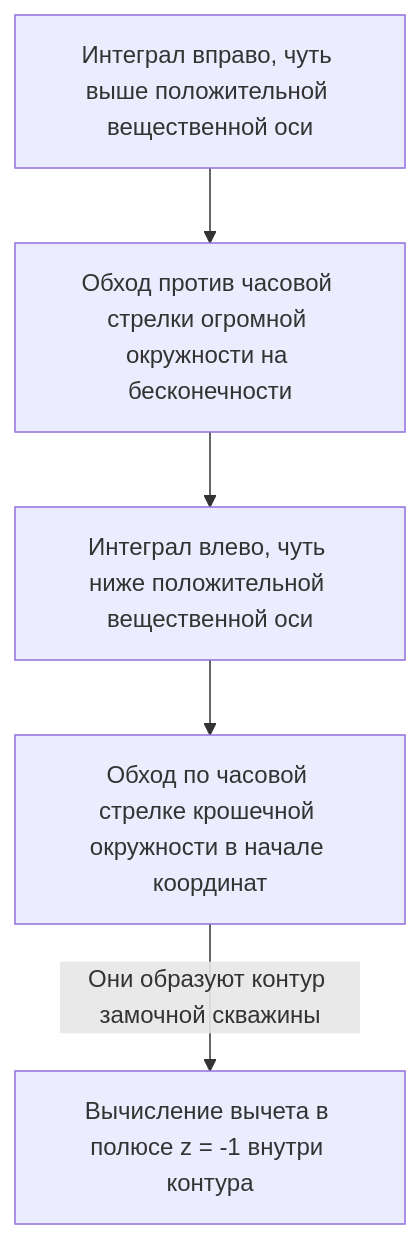
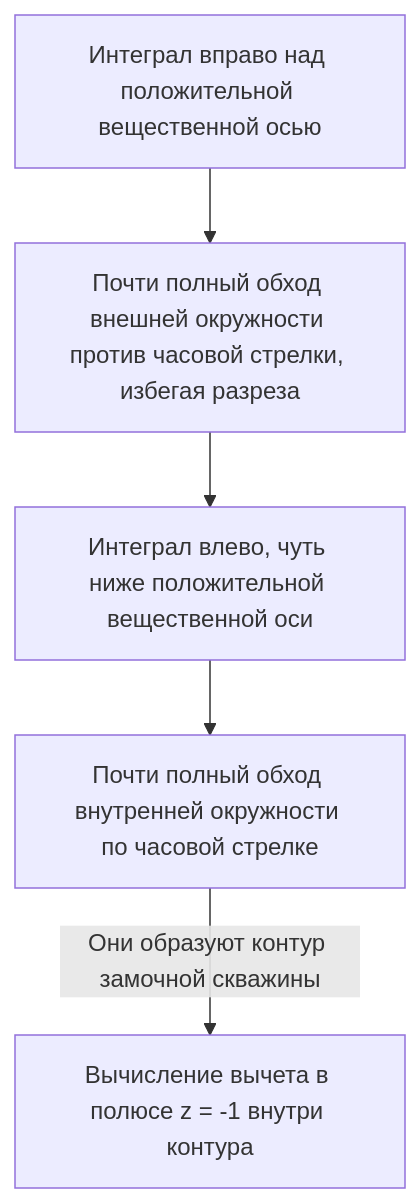
Before and after one commit to kenjinote/blog: the third of 3 diagrams in content/post/residue-theorem/index.ru.md, drawn with Mermaid. The commit also changed other lines of this file and 7 other files, not shown here.

````diff
--- a/content/post/residue-theorem/index.ru.md
+++ b/content/post/residue-theorem/index.ru.md
@@ -166,7 +167,7 @@
 ```mermaid
 flowchart TD
-    A["Интеграл вправо, чуть выше положительной вещественной оси"] --> B["Обход против часовой стрелки огромной окружности на бесконечности"]
+    A["Интеграл вправо над положительной вещественной осью"] --> B["Почти полный обход внешней окружности против часовой стрелки, избегая разреза"]
     B --> C["Интеграл влево, чуть ниже положительной вещественной оси"]
-    C --> D["Обход по часовой стрелке крошечной окружности в начале координат"]
+    C --> D["Почти полный обход внутренней окружности по часовой стрелке"]
     D -->|"Они образуют контур замочной скважины"| E["Вычисление вычета в полюсе z = -1 внутри контура"]
 ```
````
